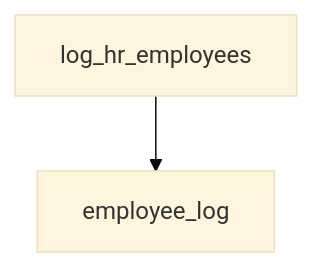
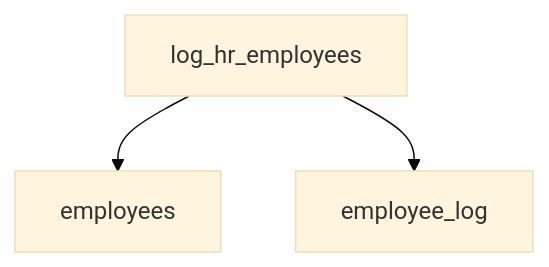
Before and after one commit to 25Jayesh10/Data_Lineage_Analyzer: the diagram in document/procedures.md, drawn with Mermaid (base theme). The commit also changed other lines of this file and 32 other files, not shown here.

````diff
--- a/document/procedures.md
+++ b/document/procedures.md
@@ -58,4 +41,5 @@
 ```mermaid
 graph TD
+    log_hr_employees --> employees
     log_hr_employees --> employee_log
 ```
````
